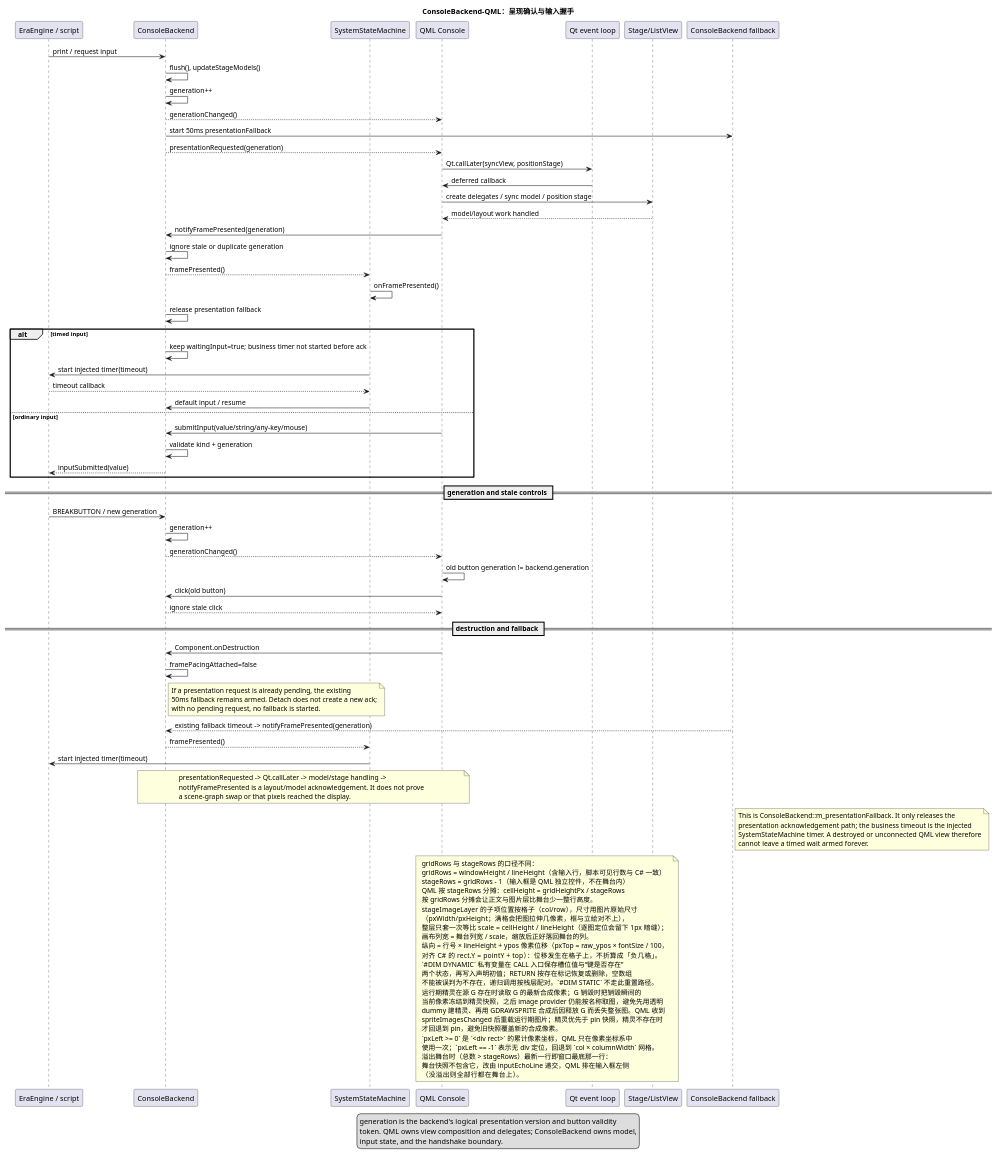
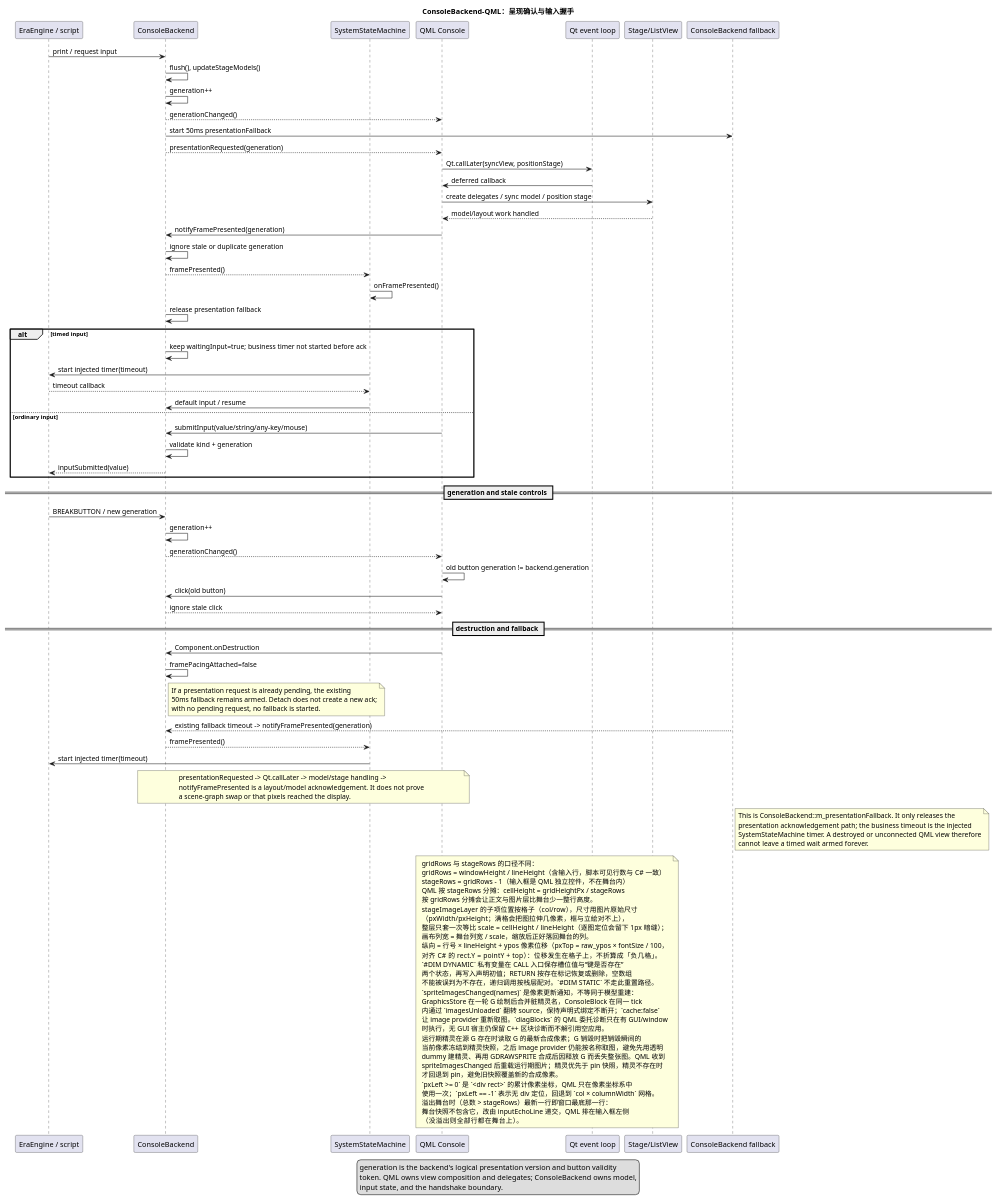
The diagram in docs/uml/15-console-qml-handshake.puml (yigekuyou/qt-eraemu), drawn with PlantUML before and after one commit. The commit also changed 4 other files, not shown here.

First line of the commit message:
完善精灵图片重载诊断与 QML 边界

```diff
--- a/docs/uml/15-console-qml-handshake.puml
+++ b/docs/uml/15-console-qml-handshake.puml
@@ -1,109 +1,114 @@
 @startuml 15-console-qml-handshake
 !pragma layout smetana
 ' ConsoleBackend 与 QML 的 presentation/input 握手。
 ' 来源：GameView/console_backend.h/.cpp, qml/Console.qml, qml/ConsoleBlock.qml
 
 title ConsoleBackend-QML：呈现确认与输入握手
 
 participant "EraEngine / script" as E
 participant "ConsoleBackend" as B
 participant "SystemStateMachine" as S
 participant "QML Console" as C
 participant "Qt event loop" as Qt
 participant "Stage/ListView" as V
 participant "ConsoleBackend fallback" as F
 
 E -> B : print / request input
 B -> B : flush(), updateStageModels()
 B -> B : generation++
 B --> C : generationChanged()
 B -> F : start 50ms presentationFallback
 B --> C : presentationRequested(generation)
 C -> Qt : Qt.callLater(syncView, positionStage)
 Qt -> C : deferred callback
 C -> V : create delegates / sync model / position stage
 V --> C : model/layout work handled
 C -> B : notifyFramePresented(generation)
 B -> B : ignore stale or duplicate generation
 B --> S : framePresented()
 S -> S : onFramePresented()
 B -> B : release presentation fallback
 
 alt timed input
   B -> B : keep waitingInput=true; business timer not started before ack
   S -> E : start injected timer(timeout)
   E --> S : timeout callback
   S -> B : default input / resume
 else ordinary input
   C -> B : submitInput(value/string/any-key/mouse)
   B -> B : validate kind + generation
   B --> E : inputSubmitted(value)
 end
 
 == generation and stale controls ==
 E -> B : BREAKBUTTON / new generation
 B -> B : generation++
 B --> C : generationChanged()
 C -> C : old button generation != backend.generation
 C -> B : click(old button)
 B --> C : ignore stale click
 
 == destruction and fallback ==
 C -> B : Component.onDestruction
 B -> B : framePacingAttached=false
 note right of B
   If a presentation request is already pending, the existing
   50ms fallback remains armed. Detach does not create a new ack;
   with no pending request, no fallback is started.
 end note
 F --> B : existing fallback timeout -> notifyFramePresented(generation)
 B --> S : framePresented()
 S -> E : start injected timer(timeout)
 
 note over B,C
   presentationRequested -> Qt.callLater -> model/stage handling ->
   notifyFramePresented is a layout/model acknowledgement. It does not prove
   a scene-graph swap or that pixels reached the display.
 end note
 
 note right of F
   This is ConsoleBackend::m_presentationFallback. It only releases the
   presentation acknowledgement path; the business timeout is the injected
   SystemStateMachine timer. A destroyed or unconnected QML view therefore
   cannot leave a timed wait armed forever.
 end note
 
 
 note over C,V
   gridRows 与 stageRows 的口径不同：
   gridRows  = windowHeight / lineHeight（含输入行，脚本可见行数与 C# 一致）
   stageRows = gridRows - 1（输入框是 QML 独立控件，不在舞台内）
   QML 按 stageRows 分摊：cellHeight = gridHeightPx / stageRows
   按 gridRows 分摊会让正文与图片层比舞台少一整行高度。
   stageImageLayer 的子项位置按格子（col/row），尺寸用图片原始尺寸
   （pxWidth/pxHeight；满格会把图拉伸几像素，框与立絵对不上），
   整层只套一次等比 scale = cellHeight / lineHeight（逐图定位会留下 1px 暗缝）；
   画布列宽 = 舞台列宽 / scale，缩放后正好落回舞台的列。
   纵向 = 行号 × lineHeight + ypos 像素位移（pxTop = raw_ypos × fontSize / 100，
   对齐 C# 的 rect.Y = pointY + top）：位移发生在格子上，不折算成「负几格」。
   `#DIM DYNAMIC` 私有变量在 CALL 入口保存槽位值与“键是否存在”
   两个状态，再写入声明初值；RETURN 按存在标记恢复或删除，空数组
   不能被误判为不存在，递归调用按栈层配对。`#DIM STATIC` 不走此重置路径。
+  `spriteImagesChanged(names)` 是像素更新通知，不等同于模型重建：
+  GraphicsStore 在一轮 G 绘制后合并脏精灵名，ConsoleBlock 在同一 tick
+  内通过 `imagesUnloaded` 翻转 source，保持声明式绑定不断开；`cache:false`
+  让 image provider 重新取图。`diagBlocks` 的 QML 委托诊断只在有 GUI/window
+  时执行，无 GUI 宿主仍保留 C++ 区块诊断而不解引用空应用。
   运行期精灵在源 G 存在时读取 G 的最新合成像素；G 销毁时把销毁瞬间的
   当前像素冻结到精灵快照，之后 image provider 仍能按名称取图，避免先用透明
   dummy 建精灵、再用 GDRAWSPRITE 合成后因释放 G 而丢失整张图。QML 收到
   spriteImagesChanged 后重载运行期图片；精灵优先于 pin 快照，精灵不存在时
   才回退到 pin，避免旧快照覆盖新的合成像素。
   `pxLeft >= 0` 是 `<div rect>` 的累计像素坐标，QML 只在像素坐标系中
   使用一次；`pxLeft == -1` 表示无 div 定位，回退到 `col × columnWidth` 网格。
   溢出舞台时（总数 > stageRows）最新一行即窗口最底那一行：
   舞台快照不包含它，改由 inputEchoLine 递交，QML 排在输入框左侧
   （没溢出则全部行都在舞台上）。
 end note
 
 legend bottom
   generation is the backend's logical presentation version and button validity
   token. QML owns view composition and delegates; ConsoleBackend owns model,
   input state, and the handshake boundary.
 endlegend
 @enduml
```
